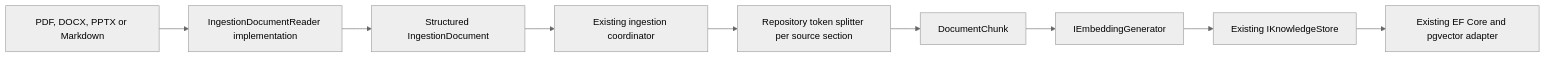
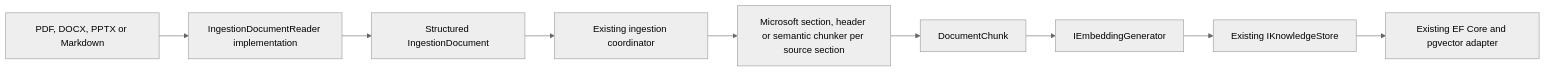
One commit to LautaroO/maf-playground changed the diagram in docs/rag-data-ingestion-spike.md. Above: the diagram before and after it, drawn with Mermaid (neutral theme). The commit also changed other lines of this file and 26 other files, not shown here.

````diff
--- a/docs/rag-data-ingestion-spike.md
+++ b/docs/rag-data-ingestion-spike.md
@@ -28,11 +29,11 @@
 ```mermaid
 flowchart LR
     Source[PDF, DOCX, PPTX or Markdown] --> Reader[IngestionDocumentReader implementation]
     Reader --> Document[Structured IngestionDocument]
     Document --> Coordinator[Existing ingestion coordinator]
-    Coordinator --> Chunker[Repository token splitter per source section]
+    Coordinator --> Chunker[Microsoft section, header or semantic chunker per source section]
     Chunker --> ExistingChunks[DocumentChunk]
     ExistingChunks --> Embeddings[IEmbeddingGenerator]
     Embeddings --> Store[Existing IKnowledgeStore]
     Store --> EfCore[Existing EF Core and pgvector adapter]
 ```
````
